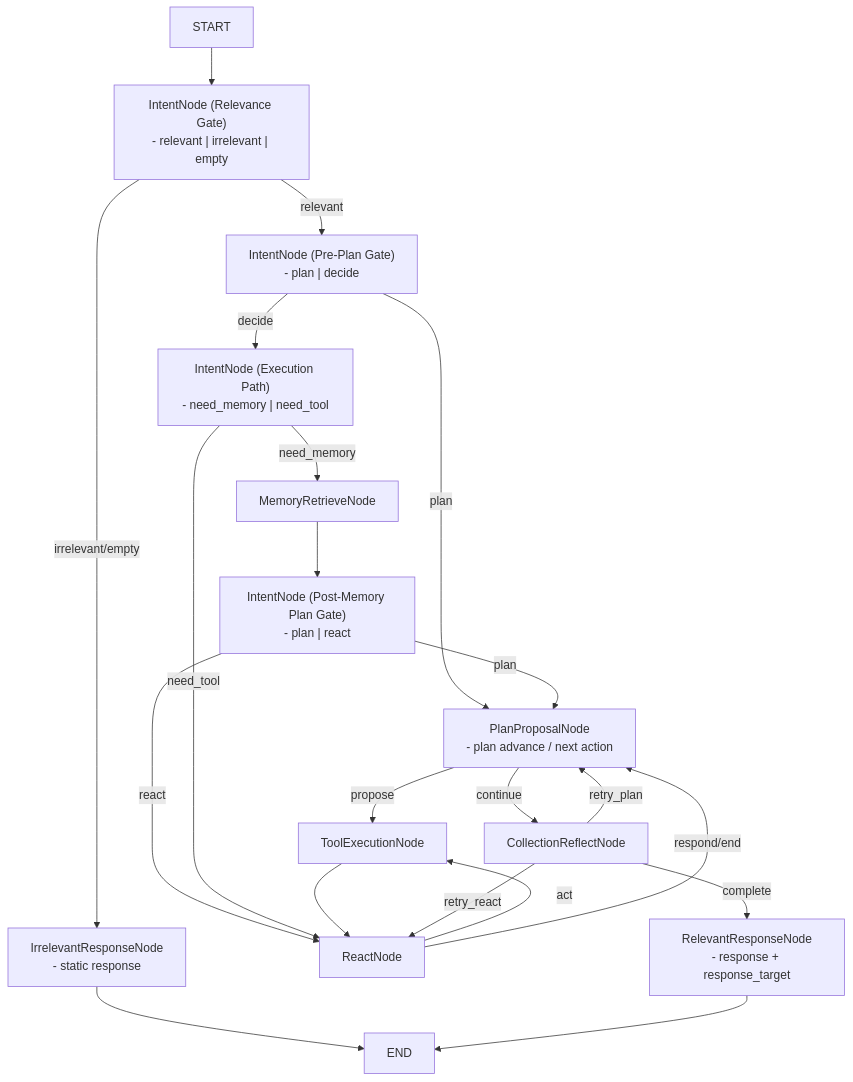
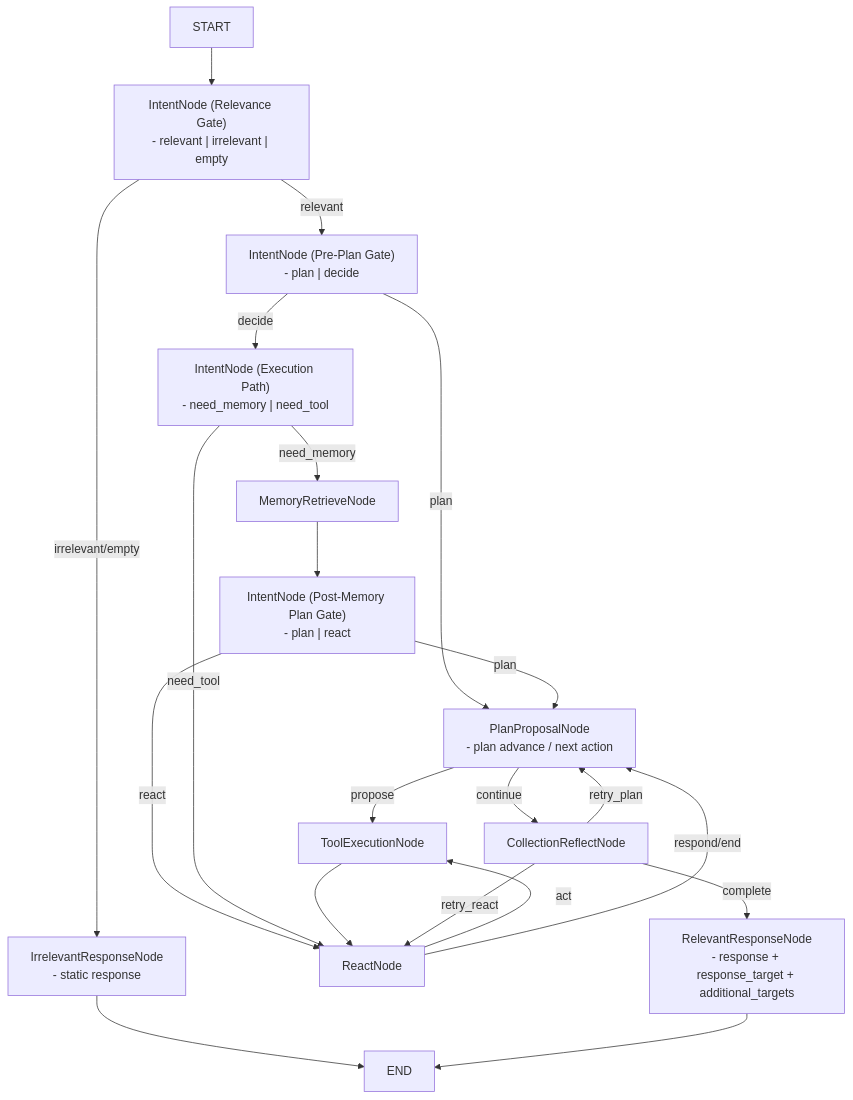
One commit to deep-saket/easy_agents changed the diagram in agents/collection_agent/README.md. Above: the diagram before and after it, drawn with Mermaid. The commit also changed other lines of this file and 92 other files, not shown here.

Commit message:
Add memory helper agent flow and update collection orchestration artifacts

````diff
--- a/agents/collection_agent/README.md
+++ b/agents/collection_agent/README.md
@@ -15,28 +16,28 @@
 ```mermaid
 flowchart TD
   Start["START"] --> IN["IntentNode (Relevance Gate)\n- relevant | irrelevant | empty"]
   IN -->|irrelevant/empty| IR["IrrelevantResponseNode\n- static response"]
   IR --> End["END"]
 
   IN -->|relevant| PG["IntentNode (Pre-Plan Gate)\n- plan | decide"]
   PG -->|plan| PP["PlanProposalNode\n- plan advance / next action"]
   PG -->|decide| XP["IntentNode (Execution Path)\n- need_memory | need_tool"]
 
   XP -->|need_memory| MR["MemoryRetrieveNode"]
   MR --> PM["IntentNode (Post-Memory Plan Gate)\n- plan | react"]
   PM -->|plan| PP
   PM -->|react| RN["ReactNode"]
 
   XP -->|need_tool| RN
   RN -->|act| TE["ToolExecutionNode"]
   TE --> RN
   RN -->|respond/end| PP
 
   PP -->|propose| TE
   PP -->|continue| RF["CollectionReflectNode"]
 
   RF -->|retry_react| RN
   RF -->|retry_plan| PP
-  RF -->|complete| RR["RelevantResponseNode\n- response + response_target"]
+  RF -->|complete| RR["RelevantResponseNode\n- response + response_target + additional_targets"]
   RR --> End
 ```
````
